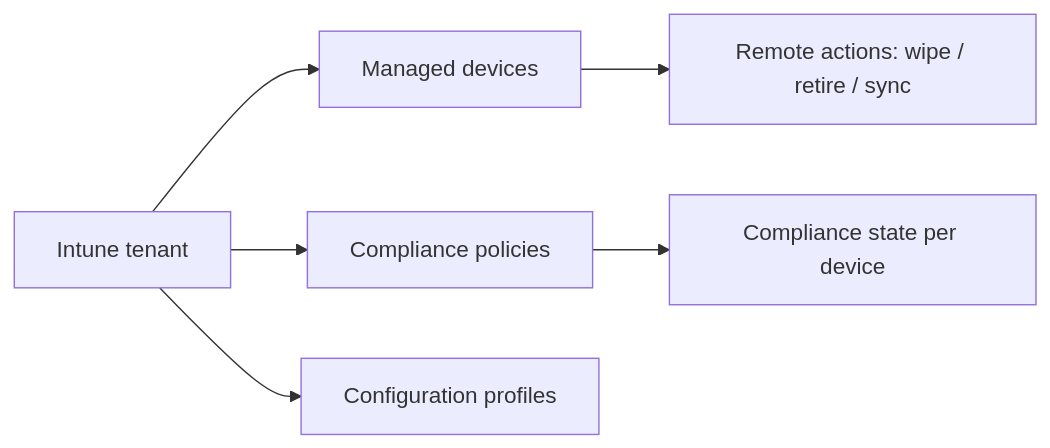
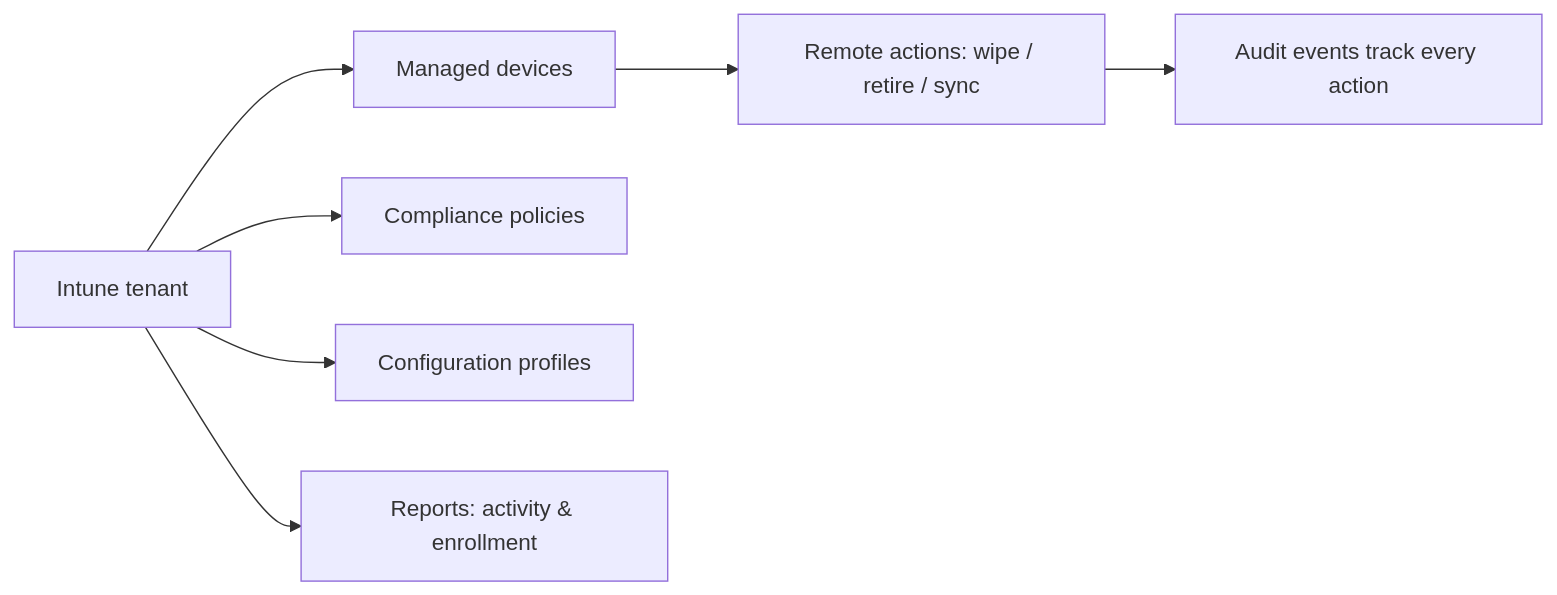
One commit to vgrem/office365-rest-python-client changed the diagram in examples/intune/README.md. Above: the diagram before and after it, drawn with Mermaid. The commit also changed other lines of this file and 14 other files, not shown here.

````diff
--- a/examples/intune/README.md
+++ b/examples/intune/README.md
@@ -25,8 +23,9 @@
 ```mermaid
 flowchart LR
     A[Intune tenant] --> B[Managed devices]
     A --> C[Compliance policies]
     A --> D[Configuration profiles]
     B --> E[Remote actions: wipe / retire / sync]
-    C --> F[Compliance state per device]
+    E --> F[Audit events track every action]
+    A --> G[Reports: activity & enrollment]
 ```
````
